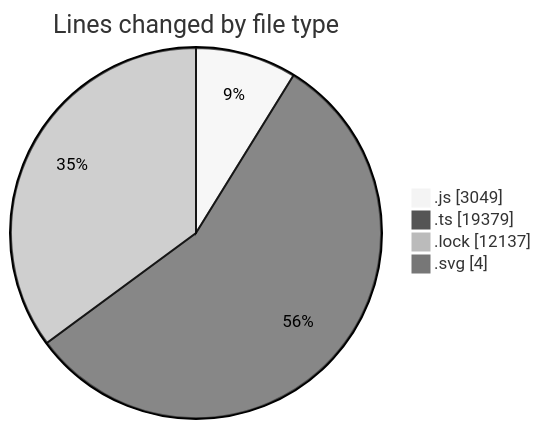
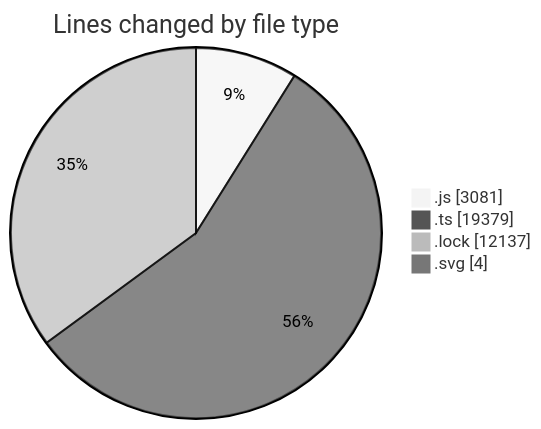
One commit to momahboobian/code-tracking changed the first of 2 diagrams in 2025-08-12/cda/README.md. Above: the diagram before and after it, drawn with Mermaid (neutral theme). The commit also changed other lines of this file and 1 other file, not shown here.

````diff
--- a/2025-08-12/cda/README.md
+++ b/2025-08-12/cda/README.md
@@ -42,8 +42,8 @@
 ```mermaid
 pie showData
 title Lines changed by file type
-".js" : 3049
+".js" : 3081
 ".ts" : 19379
 ".lock" : 12137
 ".svg" : 4
 ```
````
